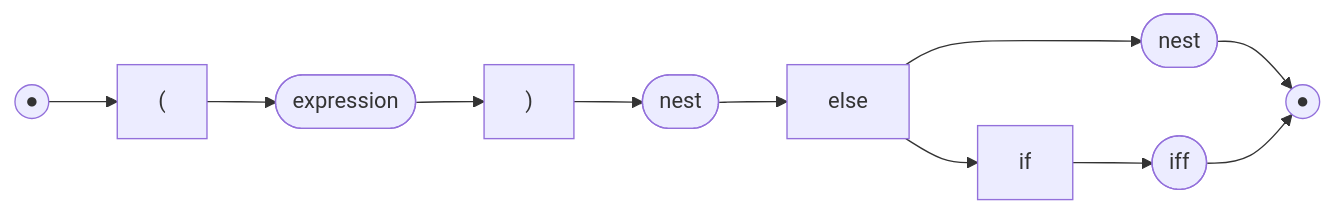
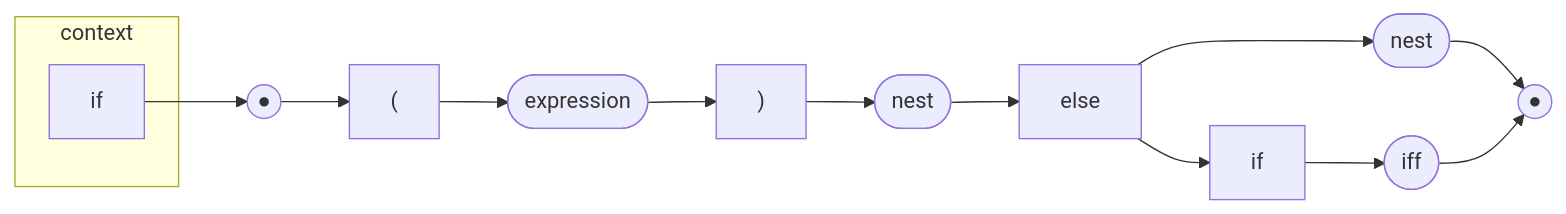
Diagram 43 of 59 in docs/railroad.md (billhails/CEKF), drawn with Mermaid before and after one commit. The commit also changed other lines of this file and 4 other files, not shown here.

````diff
--- a/docs/railroad.md
+++ b/docs/railroad.md
@@ -638,9 +665,12 @@
 ```mermaid
 flowchart LR
 s(("●"))
 e(("●"))
-s --> open["("] --> test([expression]) --> close[")"]
+subgraph context
+if0["if"]
+end
+if0 --> s --> open["("] --> test([expression]) --> close[")"]
 --> cons([nest]) --> else["else"]
 else --> alt([nest]) --> e
 else --> if --> iff([iff]) --> e
 ```
````
